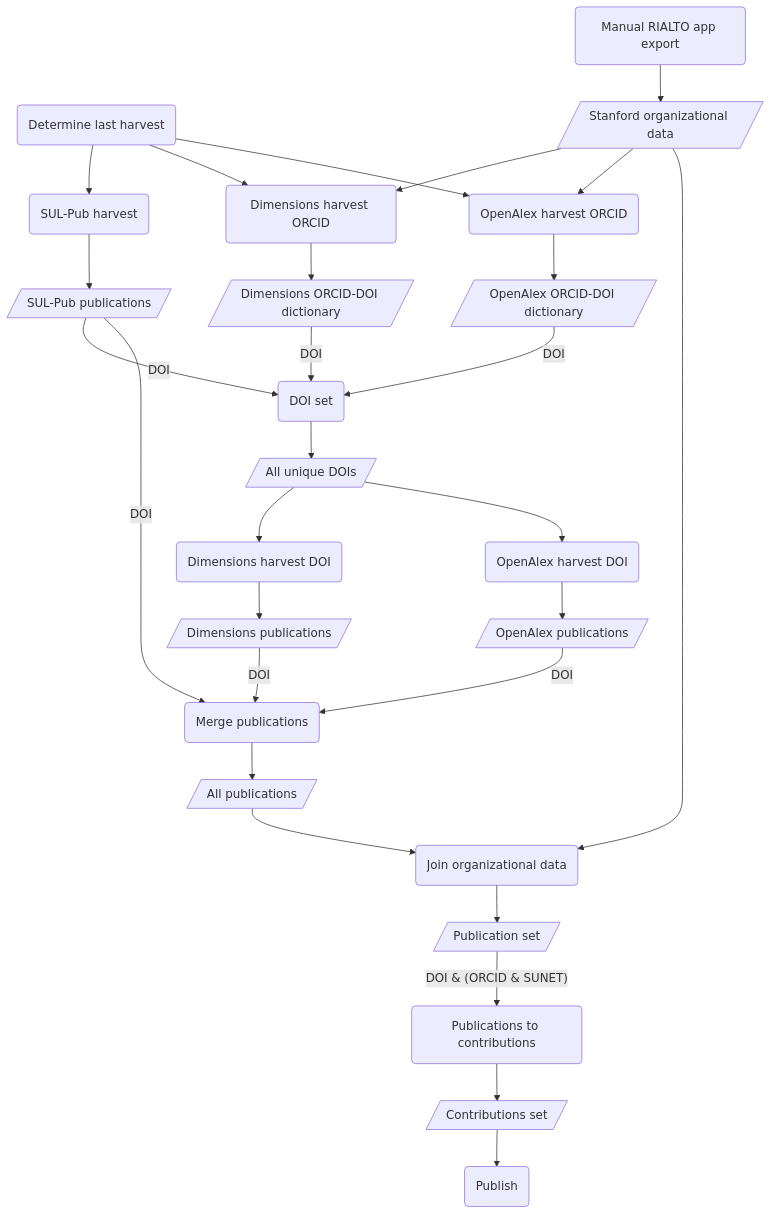
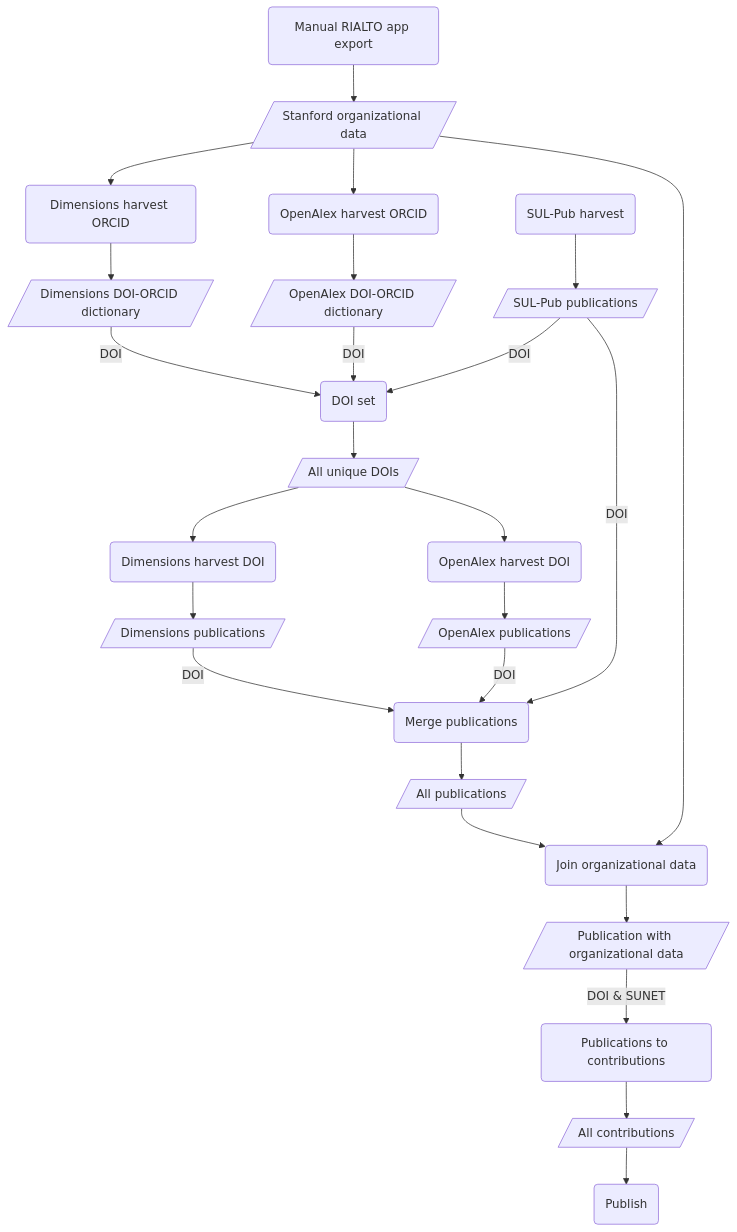
One commit to sul-dlss-labs/rialto-airflow changed the diagram in README.md. Above: the diagram before and after it, drawn with Mermaid.

Commit message:
Revise diagram

````diff
--- a/README.md
+++ b/README.md
@@ -7,30 +7,27 @@
 ```mermaid
 flowchart TD
-  last_harvest(Determine last harvest) --> sul_pub_harvest(SUL-Pub harvest)
-  sul_pub_harvest --> sul_pub_pubs[/SUL-Pub publications/]
+  sul_pub_harvest(SUL-Pub harvest) --> sul_pub_pubs[/SUL-Pub publications/]
   rialto_orgs_export(Manual RIALTO app export) --> org_data[/Stanford organizational data/]
-  last_harvest --> dimensions_harvest_orcid(Dimensions harvest ORCID)
-  last_harvest --> openalex_harvest_orcid(OpenAlex harvest ORCID)
-  org_data --> dimensions_harvest_orcid
-  org_data --> openalex_harvest_orcid
-  dimensions_harvest_orcid --> dimensions_orcid_doi_dict[/Dimensions ORCID-DOI dictionary/]
-  openalex_harvest_orcid --> openalex_orcid_doi_dict[/OpenAlex ORCID-DOI dictionary/]
+  org_data --> dimensions_harvest_orcid(Dimensions harvest ORCID)
+  org_data --> openalex_harvest_orcid(OpenAlex harvest ORCID)
+  dimensions_harvest_orcid --> dimensions_orcid_doi_dict[/Dimensions DOI-ORCID dictionary/]
+  openalex_harvest_orcid --> openalex_orcid_doi_dict[/OpenAlex DOI-ORCID dictionary/]
   dimensions_orcid_doi_dict -- DOI --> doi_set(DOI set)
   openalex_orcid_doi_dict -- DOI --> doi_set(DOI set)
   sul_pub_pubs -- DOI --> doi_set(DOI set)
   doi_set --> dois[/All unique DOIs/]
   dois --> dimensions_enrich(Dimensions harvest DOI)
   dois --> openalex_enrich(OpenAlex harvest DOI)
   dimensions_enrich --> dimensions_enriched[/Dimensions publications/]
   openalex_enrich --> openalex_enriched[/OpenAlex publications/]
   dimensions_enriched -- DOI --> merge_pubs(Merge publications)
   openalex_enriched -- DOI --> merge_pubs
   sul_pub_pubs -- DOI --> merge_pubs
   merge_pubs --> all_enriched_publications[/All publications/]
   all_enriched_publications --> join_org_data(Join organizational data)
   org_data --> join_org_data
-  join_org_data --> publication_set[/Publication set/]
-  publication_set -- DOI & (ORCID & SUNET) --> contributions(Publications to contributions)
-  contributions --> contributions_set[/Contributions set/]
+  join_org_data --> publications_with_org[/Publication with organizational data/]
+  publications_with_org -- DOI & SUNET --> contributions(Publications to contributions)
+  contributions --> contributions_set[/All contributions/]
   contributions_set --> publish(Publish)
 ```
````
